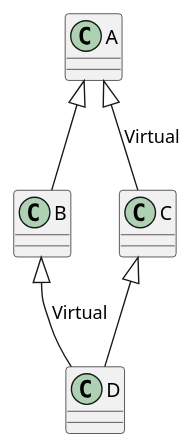
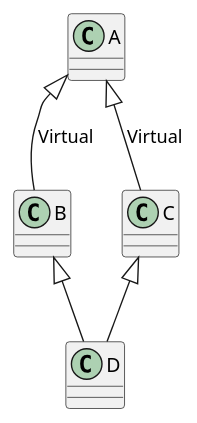
Before and after one commit to derzz/cs246-notes: the second of 2 diagrams in CS 246 Notes/L23 Virtual Pointers, Virtual Tables.md, drawn with PlantUML. The commit also changed other lines of this file and 2 other files, not shown here.

````diff
--- a/CS 246 Notes/L23 Virtual Pointers, Virtual Tables.md
+++ b/CS 246 Notes/L23 Virtual Pointers, Virtual Tables.md
@@ -117,6 +117,6 @@
 ```plantuml
-A <|-- B
-B <|-- D : Virtual
+A <|-- B : Virtual
+B <|-- D 
 A <|-- C : Virtual
 C <|-- D
 ```
````
